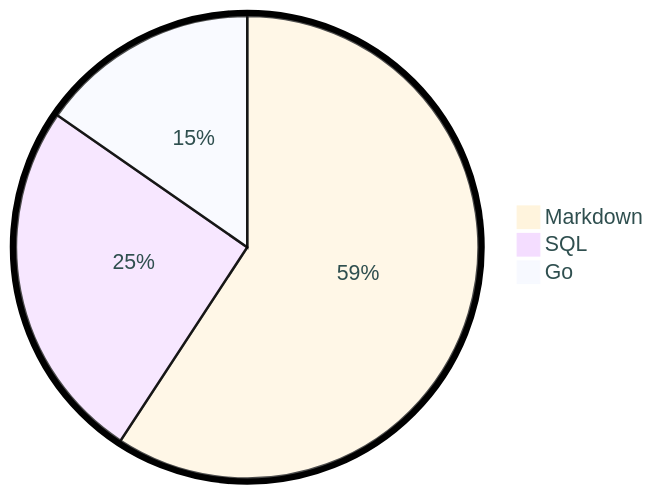
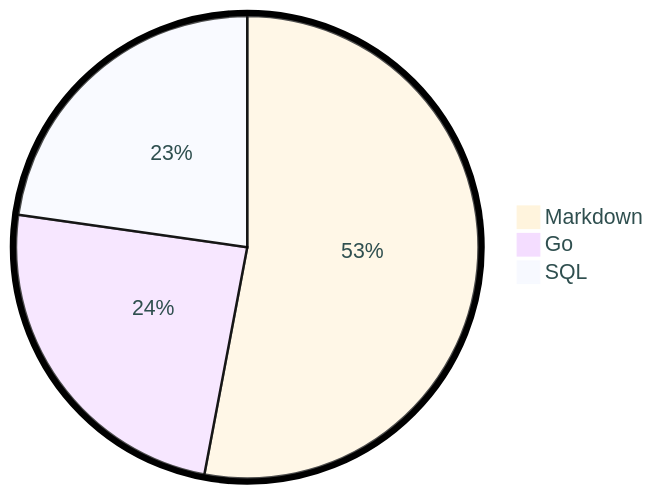
One commit to tot0p/tot0p changed the diagram in README.md. Above: the diagram before and after it, drawn with Mermaid. The commit also changed other lines of this file, not shown here.

````diff
--- a/README.md
+++ b/README.md
@@ -115,7 +115,7 @@
 ```mermaid
 %%{init: {"pie": {"textPosition": 0.5}, "themeVariables": {"pieOuterStrokeWidth": "5px","primaryTextColor" : "#2F4F4F"},"theme":"base"} }%%
 pie
-	"Markdown": 59.23
-	"SQL": 25.44
-	"Go": 15.33
+	"Markdown": 52.97
+	"Go": 24.28
+	"SQL": 22.75
 ```
````
